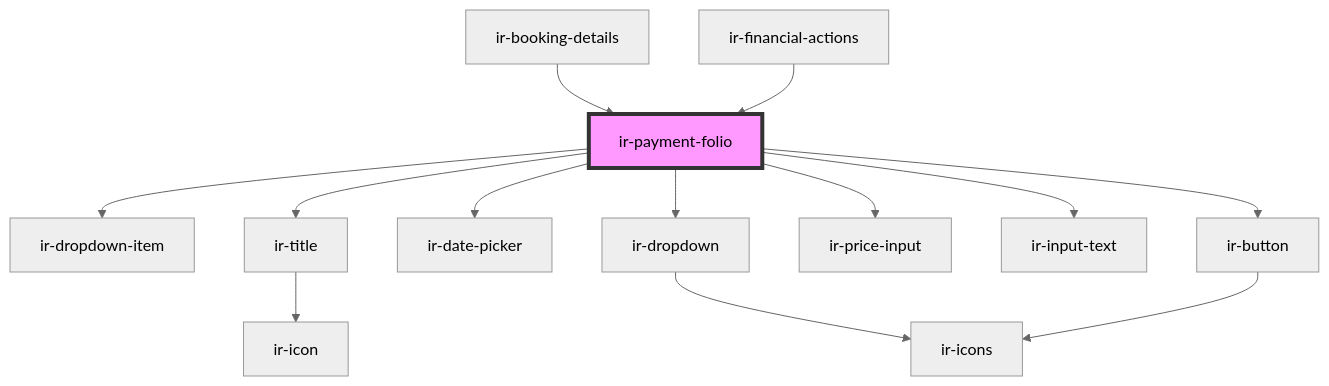
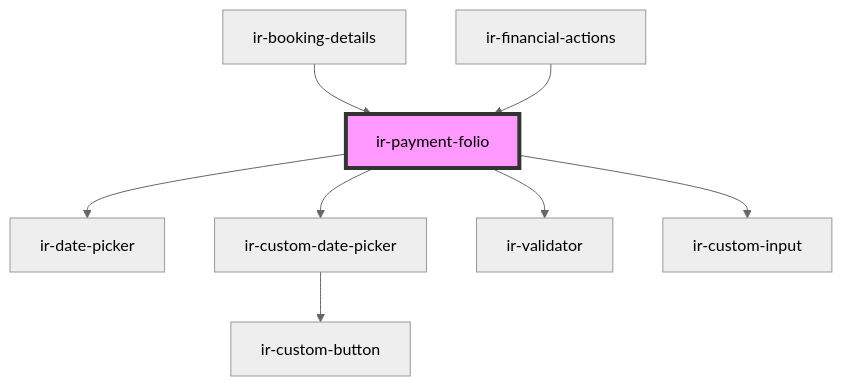
Before and after one commit to David1Chowaifaty/modified-ir-webcmp: the diagram in src/components/ir-booking-details/ir-payment-details/ir-payment-folio/readme.md, drawn with Mermaid (neutral theme). The commit also changed other lines of this file and 70 other files, not shown here.

````diff
--- a/src/components/ir-booking-details/ir-payment-details/ir-payment-folio/readme.md
+++ b/src/components/ir-booking-details/ir-payment-details/ir-payment-folio/readme.md
@@ -45,16 +42,11 @@
 ```mermaid
 graph TD;
-  ir-payment-folio --> ir-dropdown-item
-  ir-payment-folio --> ir-title
   ir-payment-folio --> ir-date-picker
-  ir-payment-folio --> ir-dropdown
-  ir-payment-folio --> ir-price-input
-  ir-payment-folio --> ir-input-text
-  ir-payment-folio --> ir-button
-  ir-title --> ir-icon
-  ir-dropdown --> ir-icons
-  ir-button --> ir-icons
+  ir-payment-folio --> ir-custom-date-picker
+  ir-payment-folio --> ir-validator
+  ir-payment-folio --> ir-custom-input
+  ir-custom-date-picker --> ir-custom-button
   ir-booking-details --> ir-payment-folio
   ir-financial-actions --> ir-payment-folio
   style ir-payment-folio fill:#f9f,stroke:#333,stroke-width:4px
 ```
````
